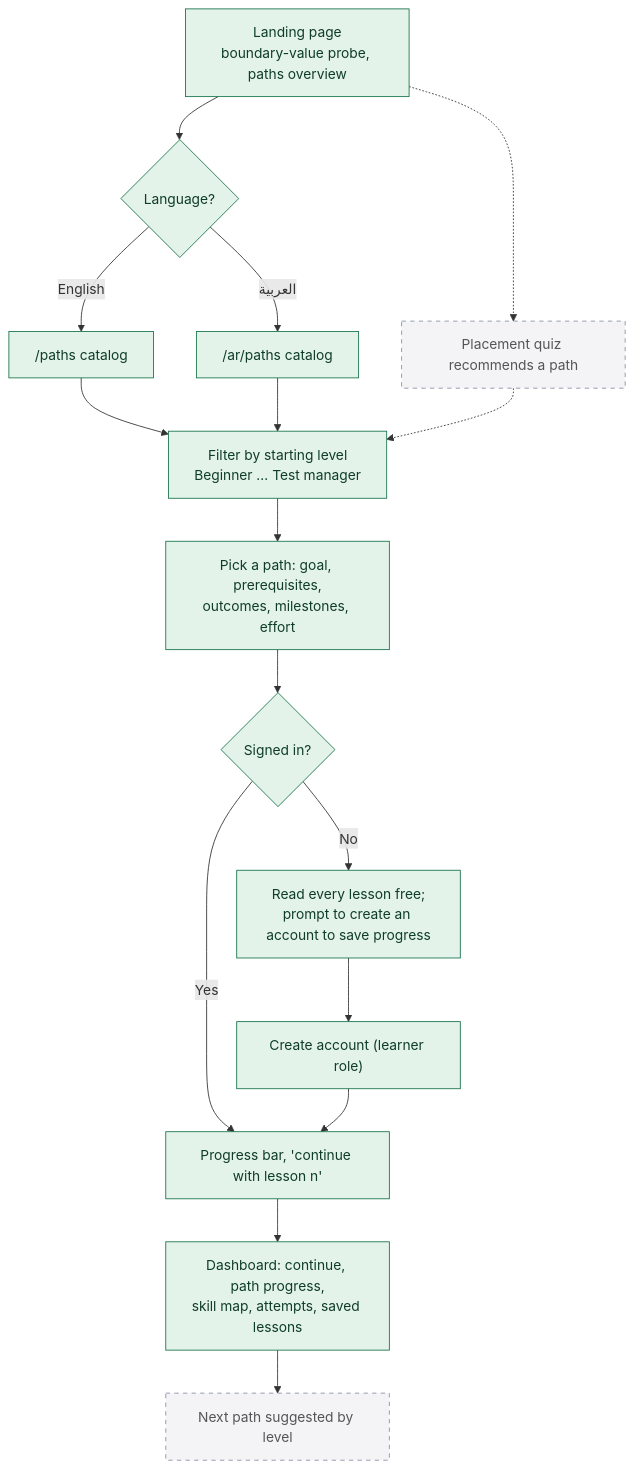
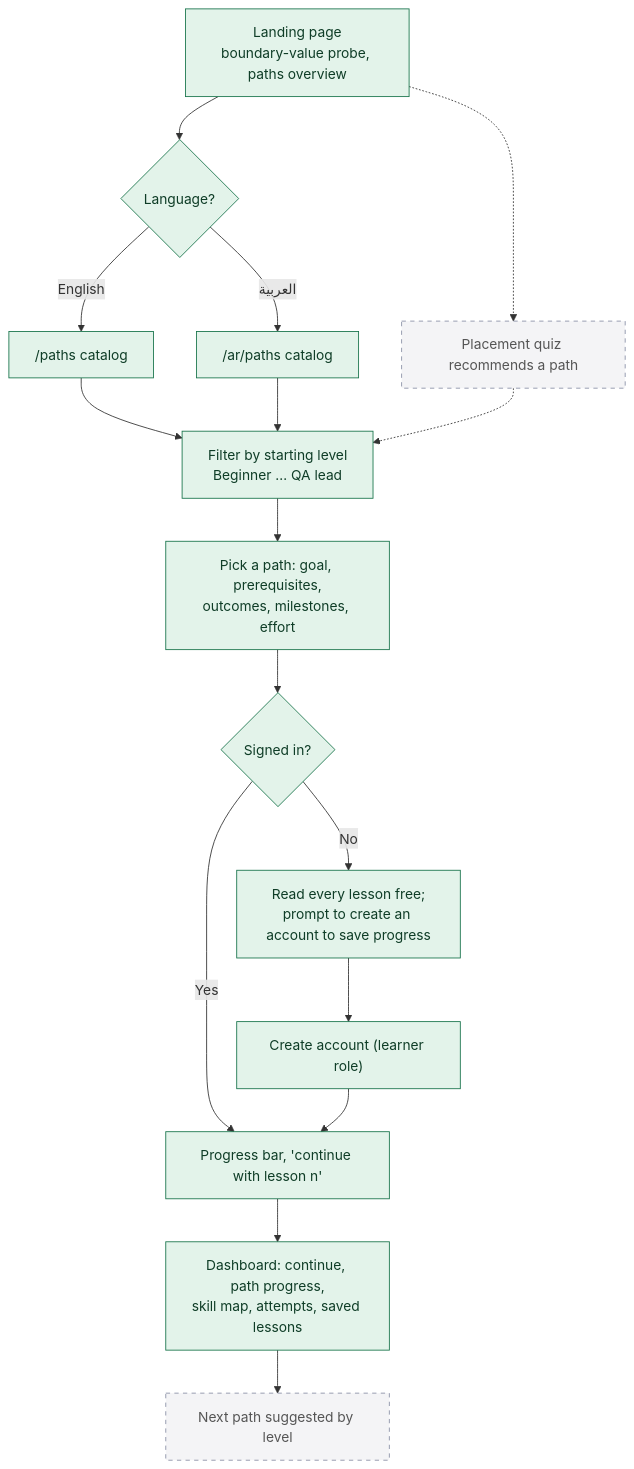
One commit to eman-dev2/qa-engineering-academy changed the diagram in docs/diagrams/05-onboarding-and-learning-paths.md. Above: the diagram before and after it, drawn with Mermaid. The commit also changed other lines of this file and 32 other files, not shown here.

````diff
--- a/docs/diagrams/05-onboarding-and-learning-paths.md
+++ b/docs/diagrams/05-onboarding-and-learning-paths.md
@@ -5,22 +5,22 @@
 ```mermaid
 flowchart TD
   classDef done fill:#e3f3ea,stroke:#17734a,color:#0f3d27
   classDef planned fill:#f4f4f6,stroke:#8a90a6,stroke-dasharray:5 5,color:#555
 
   Land["Landing page<br/>boundary-value probe, paths overview"]:::done
   Lang{"Language?"}:::done
   Land --> Lang
   Lang -->|English| Catalog["/paths catalog"]:::done
   Lang -->|العربية| CatalogAr["/ar/paths catalog"]:::done
-  Catalog --> Filter["Filter by starting level<br/>Beginner … Test manager"]:::done
+  Catalog --> Filter["Filter by starting level<br/>Beginner … QA lead"]:::done
   CatalogAr --> Filter
   Quiz["Placement quiz recommends a path"]:::planned
   Land -.-> Quiz -.-> Filter
   Filter --> Pick["Pick a path: goal, prerequisites,<br/>outcomes, milestones, effort"]:::done
   Pick --> Anon{"Signed in?"}:::done
   Anon -->|No| ReadFree["Read every lesson free;<br/>prompt to create an account to save progress"]:::done
   Anon -->|Yes| Track["Progress bar, 'continue with lesson n'"]:::done
   ReadFree --> Signup["Create account (learner role)"]:::done --> Track
   Track --> Dashboard["Dashboard: continue, path progress,<br/>skill map, attempts, saved lessons"]:::done
   Dashboard --> Next["Next path suggested by level"]:::planned
 ```
````
